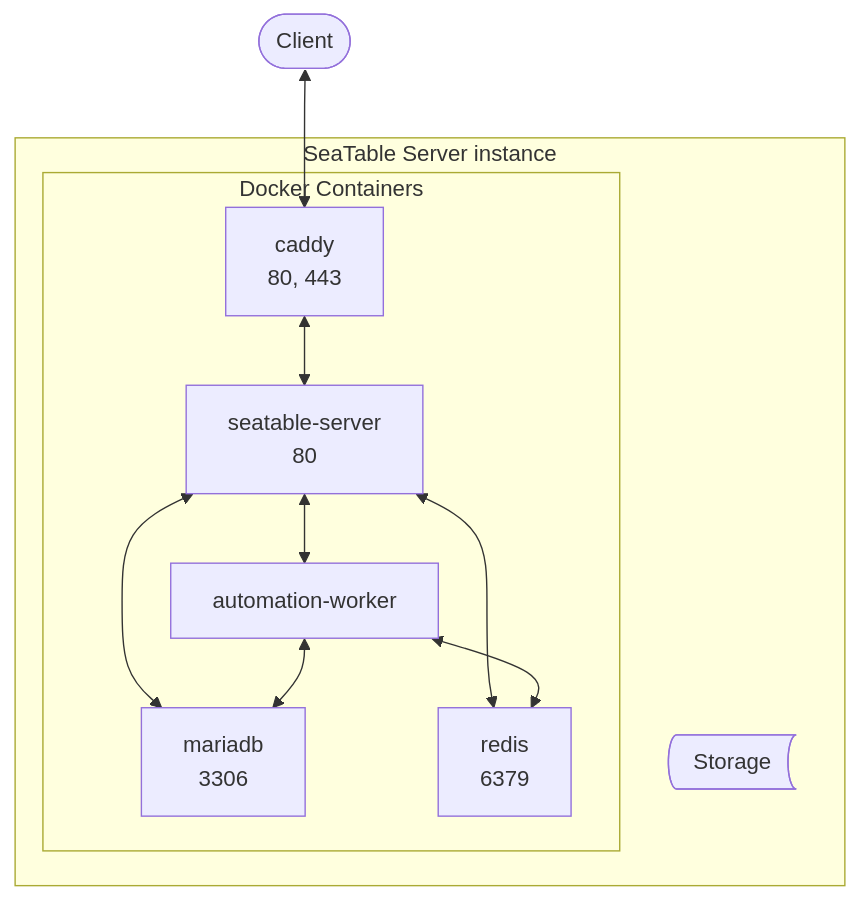
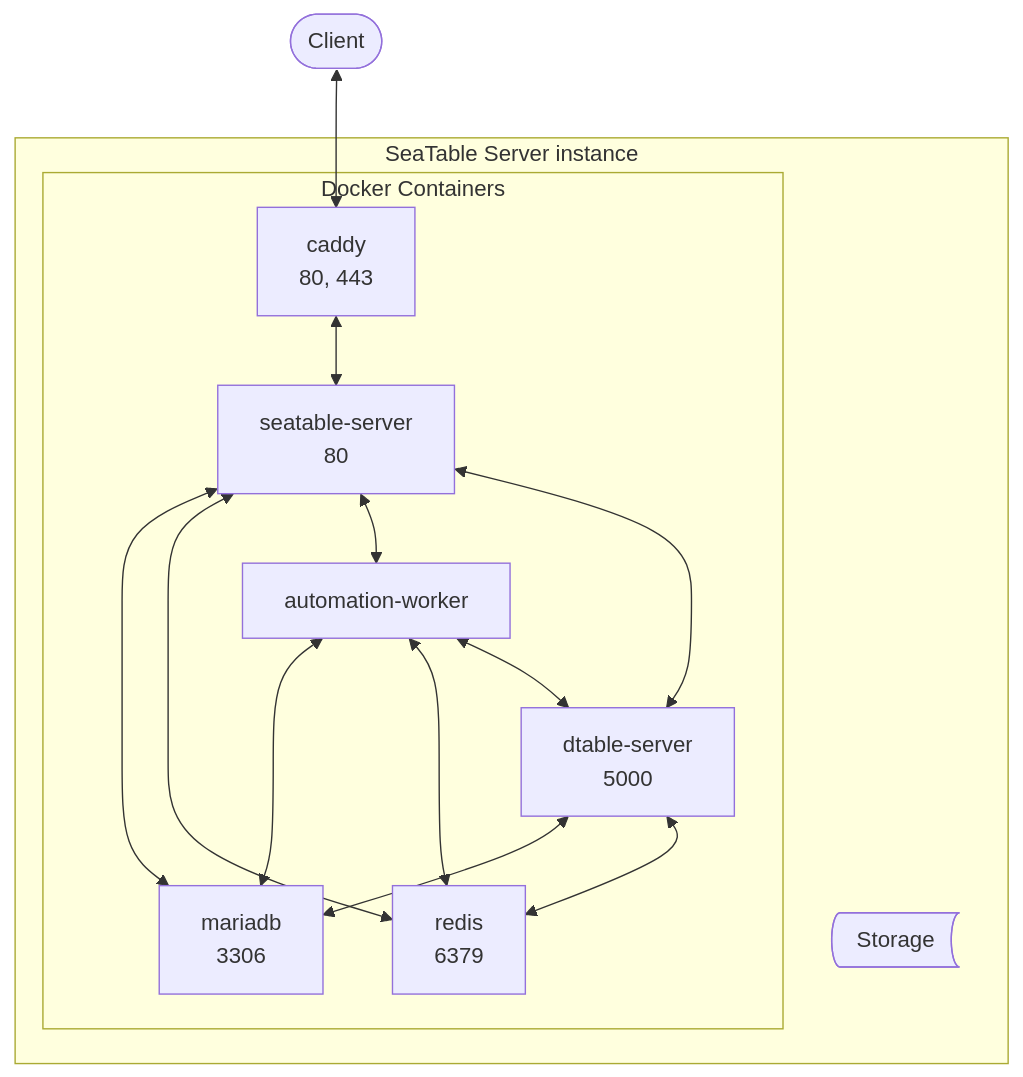
One commit to seatable/seatable-admin-docs changed the first of 3 diagrams in docs/introduction/architecture.md. Above: the diagram before and after it, drawn with Mermaid. The commit also changed other lines of this file and 1 other file, not shown here.

Commit message:
Update architecture documentation

````diff
--- a/docs/introduction/architecture.md
+++ b/docs/introduction/architecture.md
@@ -13,21 +13,26 @@
 ```mermaid
 flowchart TB
     Client@{ shape: pill, label: "Client"}
     Client<-->A
     subgraph s[SeaTable Server instance]
         subgraph d[Docker Containers]
             A[caddy<br/>80, 443]
             B[seatable-server<br/>80]
             C[mariadb<br/>3306]
             D[redis<br/>6379]
             E[automation-worker]
+            G[dtable-server<br/>5000]
             A<-->B
             B<-->C
             B<-->D
             B<-->E
+            B<-->G
             E<-->C
             E<-->D
+            E<-->G
+            G<-->C
+            G<-->D
         end
         F@{ shape: bow-rect, label: "Storage"}
     end
 ```
````
